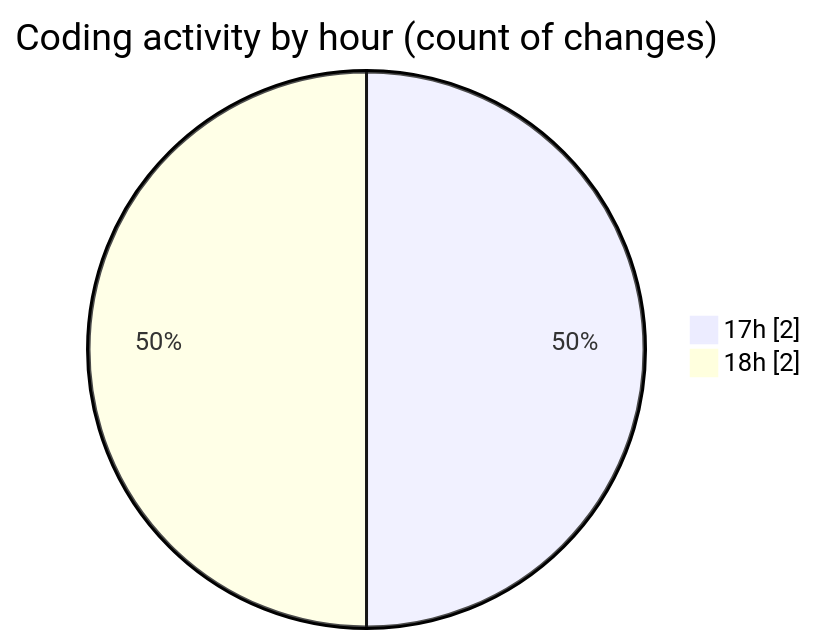
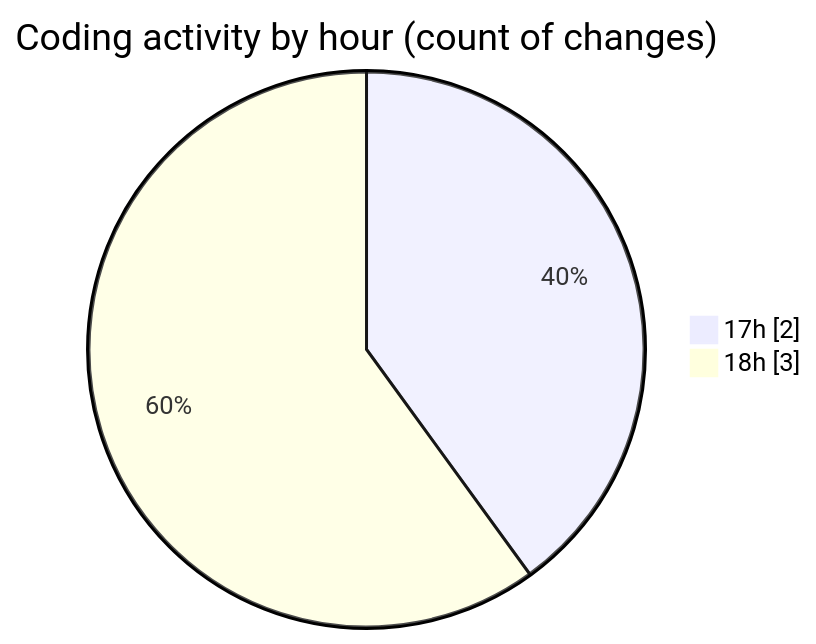
The second of 2 diagrams in 2025-08-06/pif/README.md (NitaiMahat/code-tracking), drawn with Mermaid before and after one commit. The commit also changed other lines of this file and 1 other file, not shown here.

````diff
--- a/2025-08-06/pif/README.md
+++ b/2025-08-06/pif/README.md
@@ -29,6 +29,6 @@
 ```mermaid
 pie showData
 title Coding activity by hour (count of changes)
 "17h" : 2
-"18h" : 2
+"18h" : 3
 ```
````
